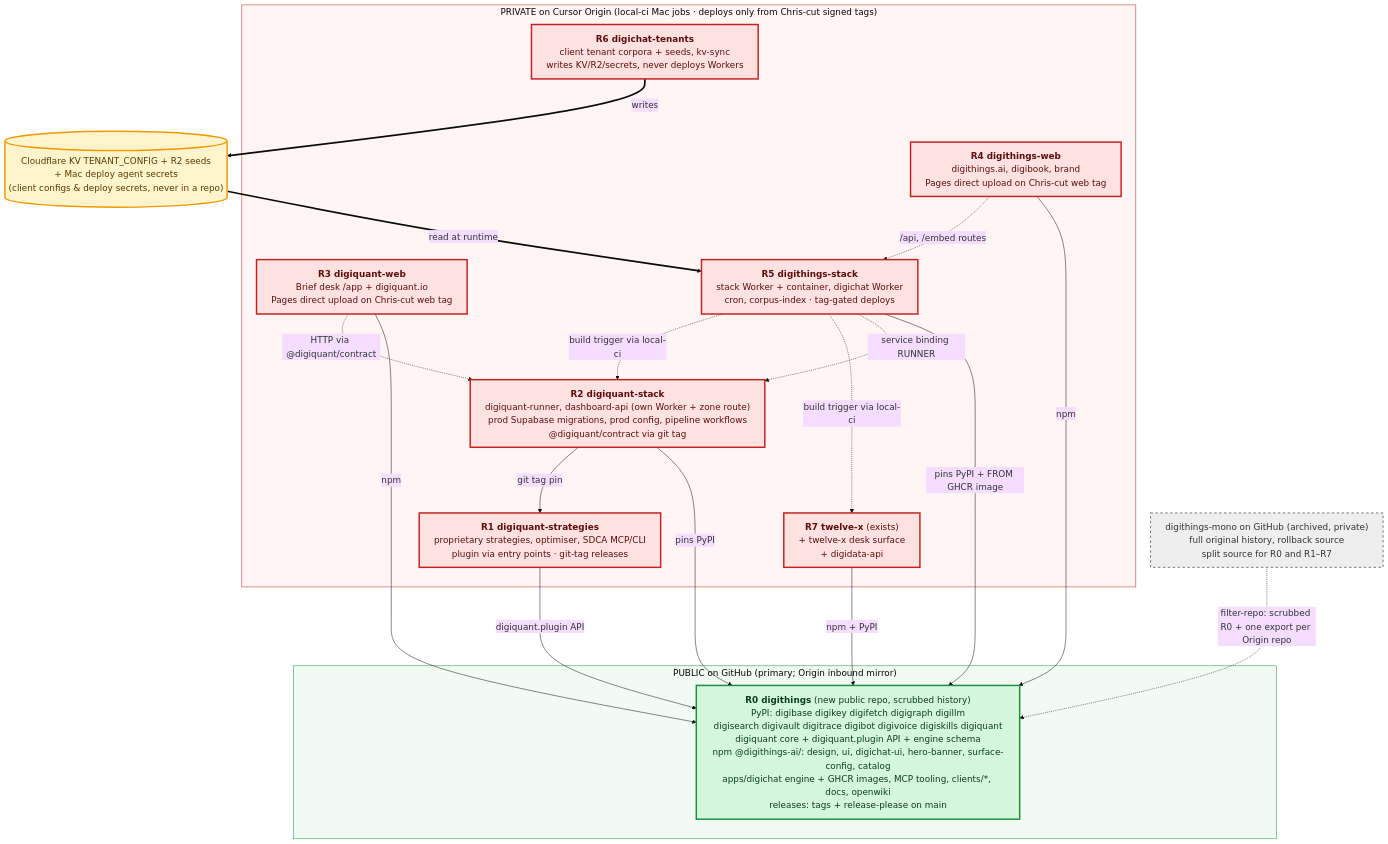
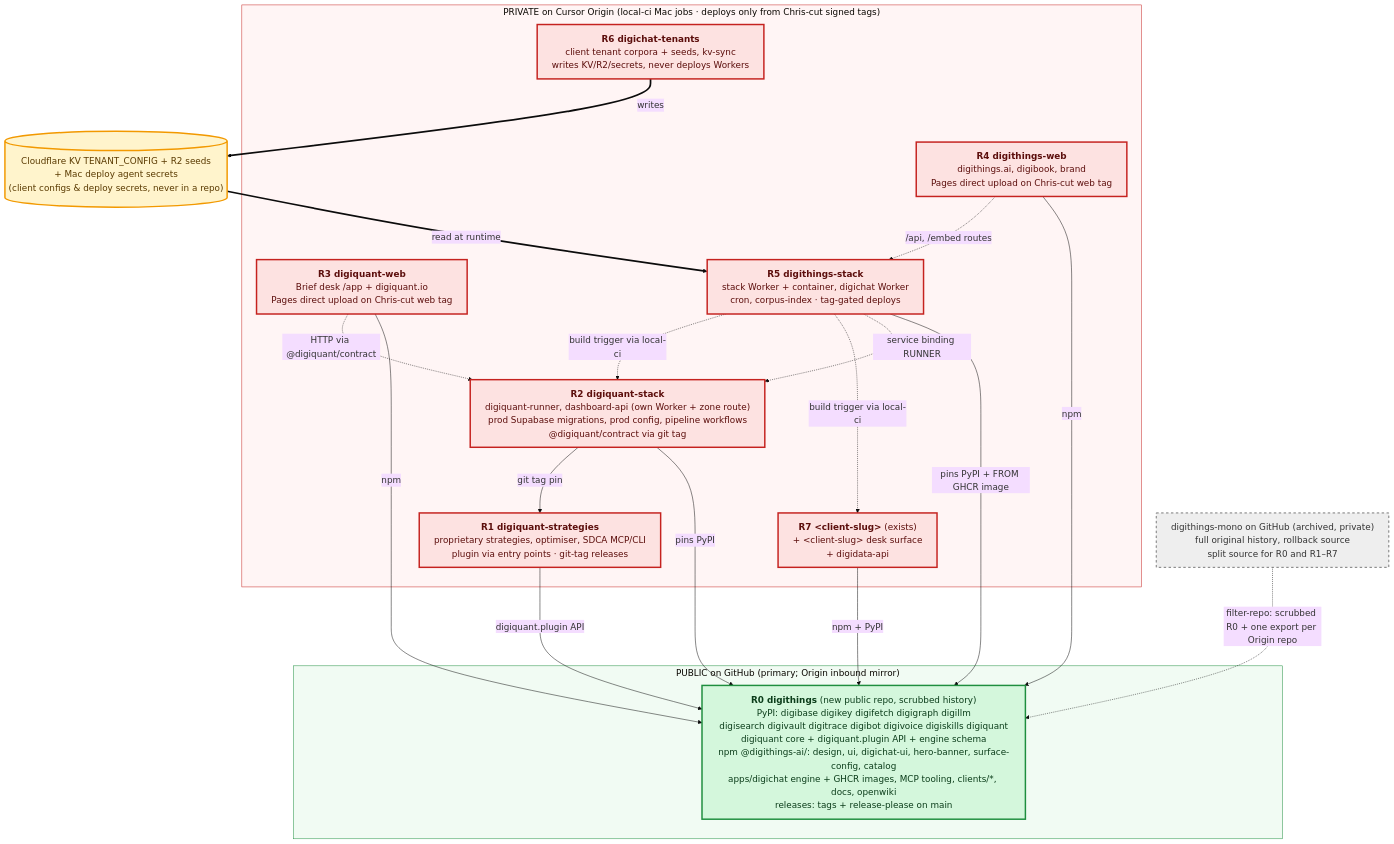
Before and after one commit to digithings-ai/digithings: the diagram in docs/repo-split/repo-split.mmd, drawn with Mermaid. The commit also changed 12 other files, not shown here.

First line of the commit message:
docs(repo-split): replace client names with <client-slug> pattern

```diff
--- a/docs/repo-split/repo-split.mmd
+++ b/docs/repo-split/repo-split.mmd
@@ -1,40 +1,40 @@
 %%{init: {'theme':'base','themeVariables':{'fontSize':'18px'},'flowchart':{'curve':'basis','nodeSpacing':40,'rankSpacing':80,'wrappingWidth':600}}}%%
 flowchart TB
   subgraph PUB["PUBLIC on GitHub (primary; Origin inbound mirror)"]
     R0["<b>R0 digithings</b> (new public repo, scrubbed history)<br/>PyPI: digibase digikey digifetch digigraph digillm<br/>digisearch digivault digitrace digibot digivoice digiskills digiquant<br/>digiquant core + digiquant.plugin API + engine schema<br/>npm @digithings-ai/: design, ui, digichat-ui, hero-banner, surface-config, catalog<br/>apps/digichat engine + GHCR images, MCP tooling, clients/*, docs, openwiki<br/>releases: tags + release-please on main"]
   end
   subgraph PRIV["PRIVATE on Cursor Origin (local-ci Mac jobs · deploys only from Chris-cut signed tags)"]
     R1["<b>R1 digiquant-strategies</b><br/>proprietary strategies, optimiser, SDCA MCP/CLI<br/>plugin via entry points · git-tag releases"]
     R2["<b>R2 digiquant-stack</b><br/>digiquant-runner, dashboard-api (own Worker + zone route)<br/>prod Supabase migrations, prod config, pipeline workflows<br/>@digiquant/contract via git tag"]
     R3["<b>R3 digiquant-web</b><br/>Brief desk /app + digiquant.io<br/>Pages direct upload on Chris-cut web tag"]
     R4["<b>R4 digithings-web</b><br/>digithings.ai, digibook, brand<br/>Pages direct upload on Chris-cut web tag"]
     R5["<b>R5 digithings-stack</b><br/>stack Worker + container, digichat Worker<br/>cron, corpus-index · tag-gated deploys"]
     R6["<b>R6 digichat-tenants</b><br/>client tenant corpora + seeds, kv-sync<br/>writes KV/R2/secrets, never deploys Workers"]
-    R7["<b>R7 twelve-x</b> (exists)<br/>+ twelve-x desk surface<br/>+ digidata-api"]
+    R7["<b>R7 #lt;client-slug#gt;</b> (exists)<br/>+ #lt;client-slug#gt; desk surface<br/>+ digidata-api"]
   end
   MONO["digithings-mono on GitHub (archived, private)<br/>full original history, rollback source<br/>split source for R0 and R1–R7"]
   KV[("Cloudflare KV TENANT_CONFIG + R2 seeds<br/>+ Mac deploy agent secrets<br/>(client configs &amp; deploy secrets, never in a repo)")]
 
   R1 -->|digiquant.plugin API| R0
   R2 -->|pins PyPI| R0
   R2 -->|git tag pin| R1
   R3 -->|npm| R0
   R4 -->|npm| R0
   R5 -->|pins PyPI + FROM GHCR image| R0
   R7 -->|npm + PyPI| R0
   R3 -.->|HTTP via @digiquant/contract| R2
   R4 -.->|/api, /embed routes| R5
   R5 -.->|service binding RUNNER| R2
   R5 -.->|build trigger via local-ci| R7
   R5 -.->|build trigger via local-ci| R2
   R6 ==>|writes| KV
   KV ==>|read at runtime| R5
   MONO -.->|filter-repo: scrubbed R0 + one export per Origin repo| R0
 
   classDef pub fill:#d4f7dc,stroke:#1e8e3e,stroke-width:3px,color:#0b3d1a;
   classDef priv fill:#fde2e1,stroke:#c5221f,stroke-width:3px,color:#5c0e0c;
   classDef kv fill:#fff4cc,stroke:#f29900,stroke-width:3px,color:#5a3a00;
   classDef arch fill:#eeeeee,stroke:#777777,stroke-width:2px,color:#333333,stroke-dasharray: 5 5;
   class R0 pub; class R1,R2,R3,R4,R5,R6,R7 priv; class KV kv; class MONO arch;
   style PUB fill:#f1fbf3,stroke:#1e8e3e
   style PRIV fill:#fff5f5,stroke:#c5221f
```
